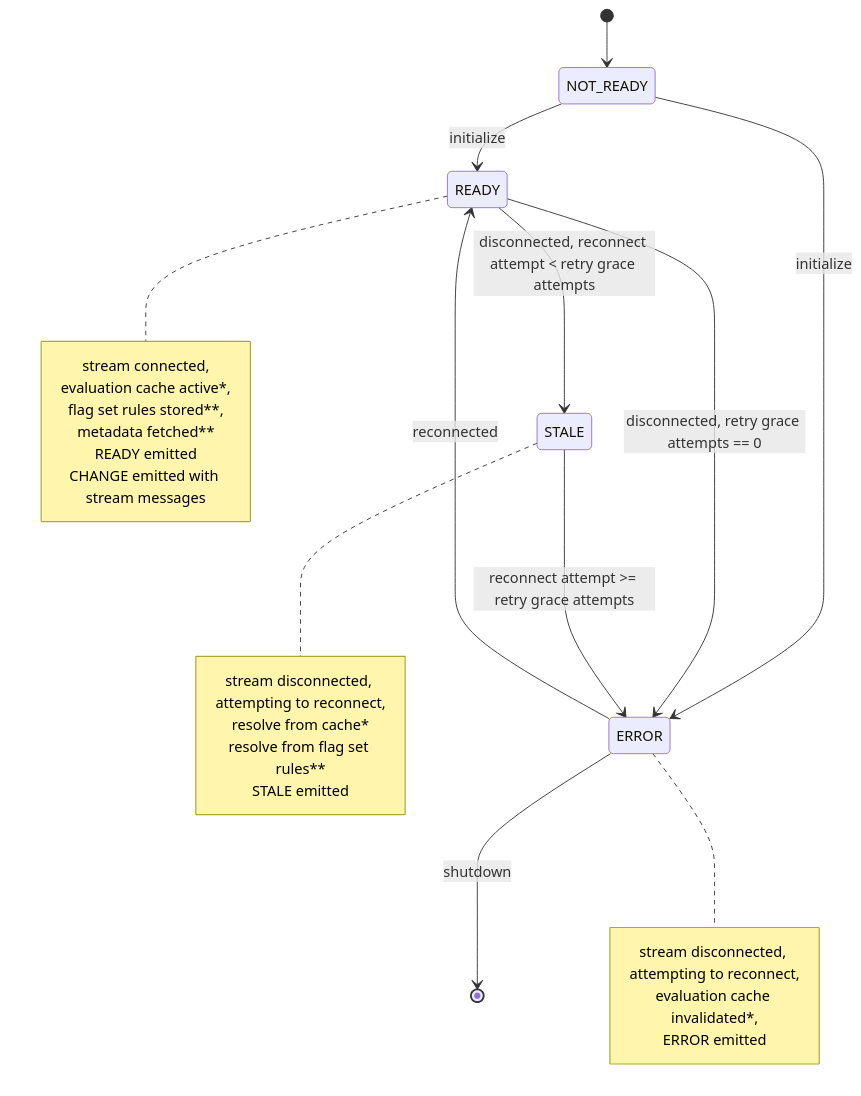
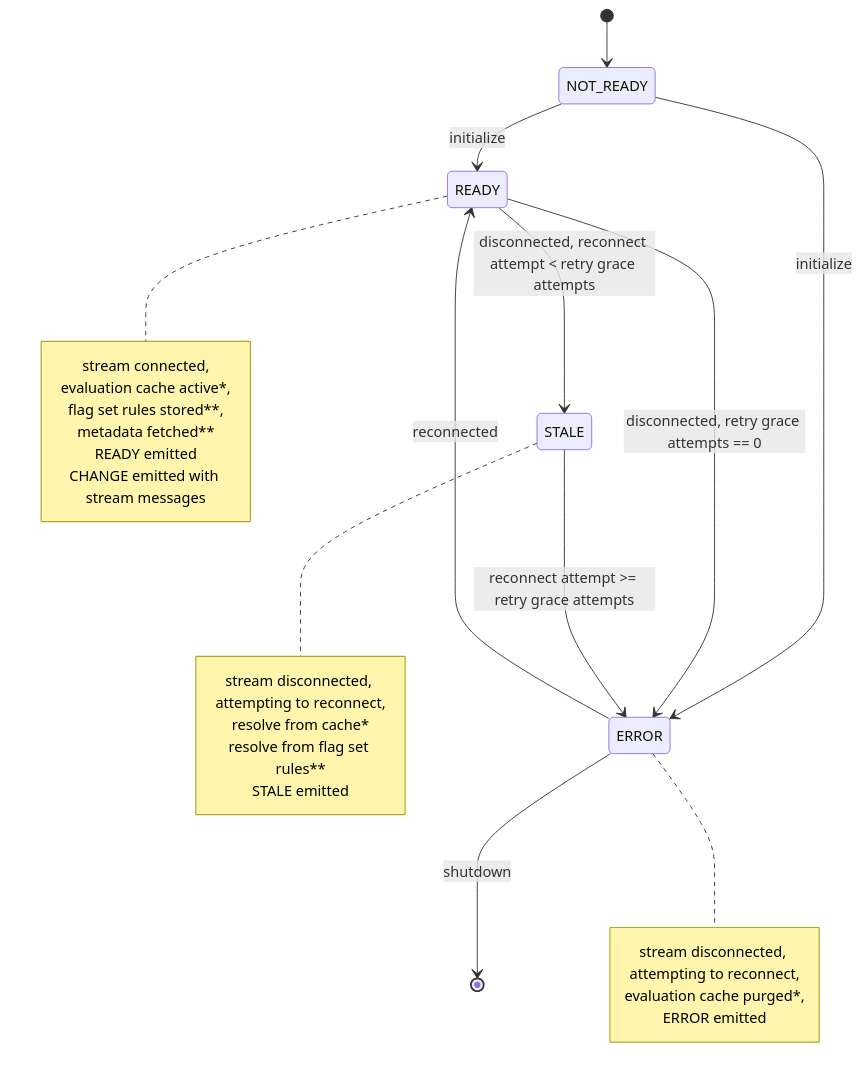
Before and after one commit to open-feature/flagd: the diagram in docs/reference/specifications/providers.md, drawn with Mermaid. The commit also changed other lines of this file, not shown here.

````diff
--- a/docs/reference/specifications/providers.md
+++ b/docs/reference/specifications/providers.md
@@ -94,36 +57,36 @@
 ```mermaid
 stateDiagram-v2
     [*] --> NOT_READY
     NOT_READY --> READY: initialize
     NOT_READY --> ERROR: initialize
     READY --> ERROR: disconnected, retry grace attempts == 0
     READY --> STALE: disconnected, reconnect attempt < retry grace attempts
     STALE --> ERROR: reconnect attempt >= retry grace attempts
     ERROR --> READY: reconnected
     ERROR --> [*]: shutdown
 
     note right of STALE
         stream disconnected, attempting to reconnect,
         resolve from cache*
         resolve from flag set rules**
         STALE emitted
     end note
 
     note right of READY
         stream connected,
         evaluation cache active*,
         flag set rules stored**,
         metadata fetched**
         READY emitted
         CHANGE emitted with stream messages
     end note
 
     note right of ERROR
         stream disconnected, attempting to reconnect,
-        evaluation cache invalidated*,
+        evaluation cache purged*,
         ERROR emitted
     end note
 
 %% * RPC providers only
 %% ** In-Process providers only
 ```
````
